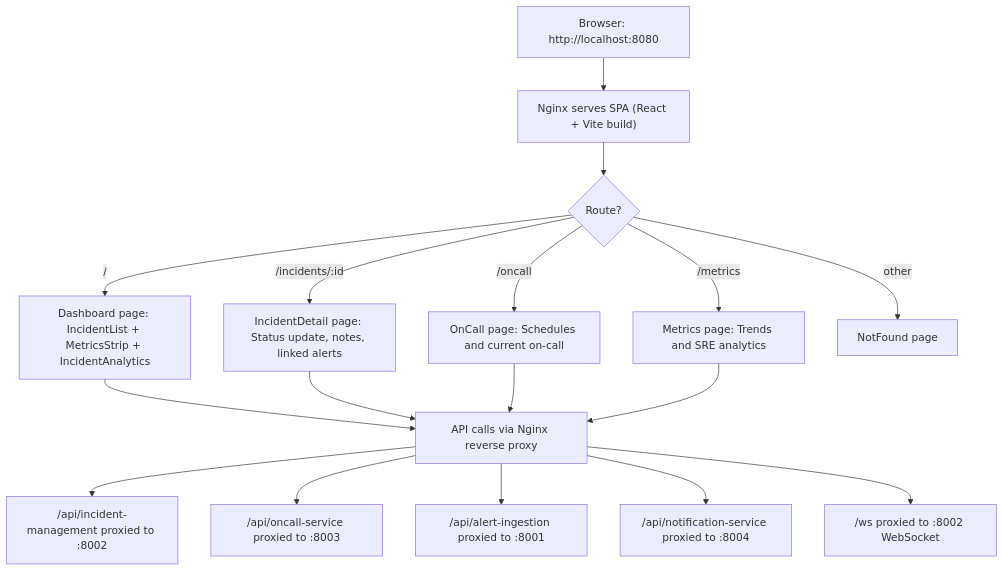
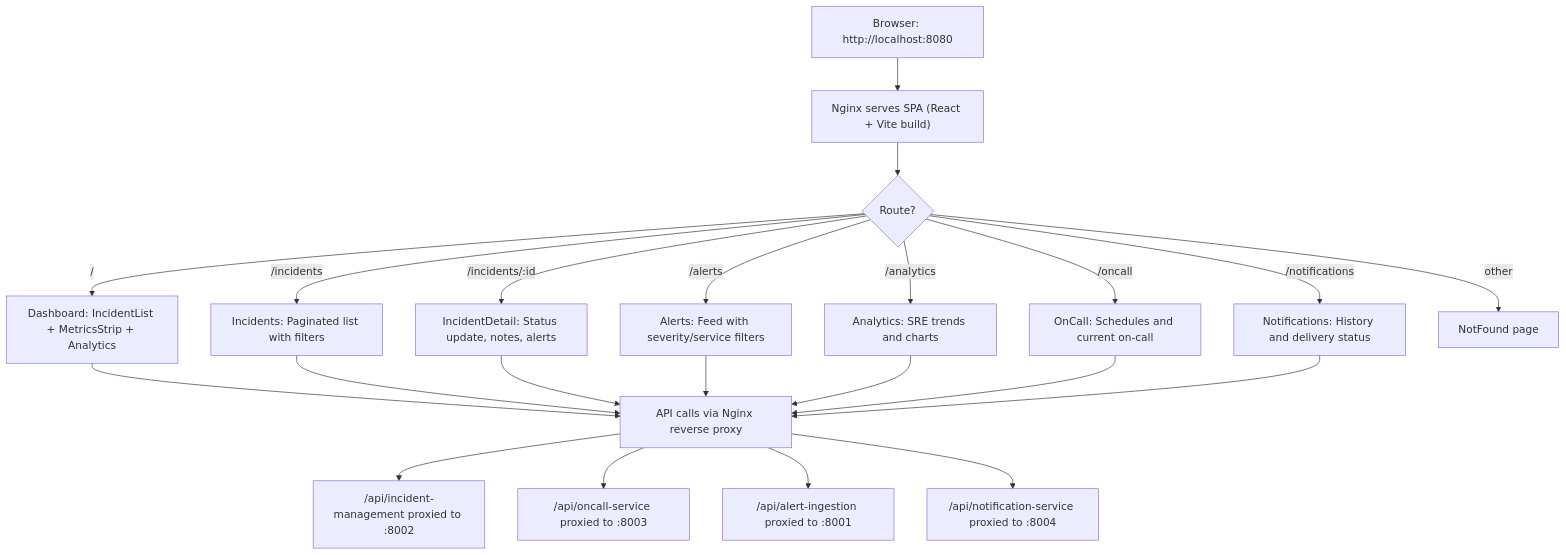
One commit to moboulan/openCode14 changed the diagram in docs/web-ui.md. Above: the diagram before and after it, drawn with Mermaid. The commit also changed other lines of this file and 17 other files, not shown here.

````diff
--- a/docs/web-ui.md
+++ b/docs/web-ui.md
@@ -7,21 +7,26 @@
 ```mermaid
 flowchart TD
     A["Browser: http://localhost:8080"] --> B["Nginx serves SPA (React + Vite build)"]
     B --> C{Route?}
-    C -- "/" --> D["Dashboard page: IncidentList + MetricsStrip + IncidentAnalytics"]
-    C -- "/incidents/:id" --> E["IncidentDetail page: Status update, notes, linked alerts"]
-    C -- "/oncall" --> F["OnCall page: Schedules and current on-call"]
-    C -- "/metrics" --> G["Metrics page: Trends and SRE analytics"]
-    C -- "other" --> H["NotFound page"]
+    C -- "/" --> D["Dashboard: IncidentList + MetricsStrip + Analytics"]
+    C -- "/incidents" --> E1["Incidents: Paginated list with filters"]
+    C -- "/incidents/:id" --> E2["IncidentDetail: Status update, notes, alerts"]
+    C -- "/alerts" --> F1["Alerts: Feed with severity/service filters"]
+    C -- "/analytics" --> F2["Analytics: SRE trends and charts"]
+    C -- "/oncall" --> G["OnCall: Schedules and current on-call"]
+    C -- "/notifications" --> H1["Notifications: History and delivery status"]
+    C -- "other" --> H2["NotFound page"]
 
     D --> I["API calls via Nginx reverse proxy"]
-    E --> I
-    F --> I
+    E1 --> I
+    E2 --> I
+    F1 --> I
+    F2 --> I
     G --> I
+    H1 --> I
 
     I --> J["/api/incident-management proxied to :8002"]
     I --> K["/api/oncall-service proxied to :8003"]
     I --> L["/api/alert-ingestion proxied to :8001"]
     I --> M["/api/notification-service proxied to :8004"]
-    I --> N["/ws proxied to :8002 WebSocket"]
 ```
````
